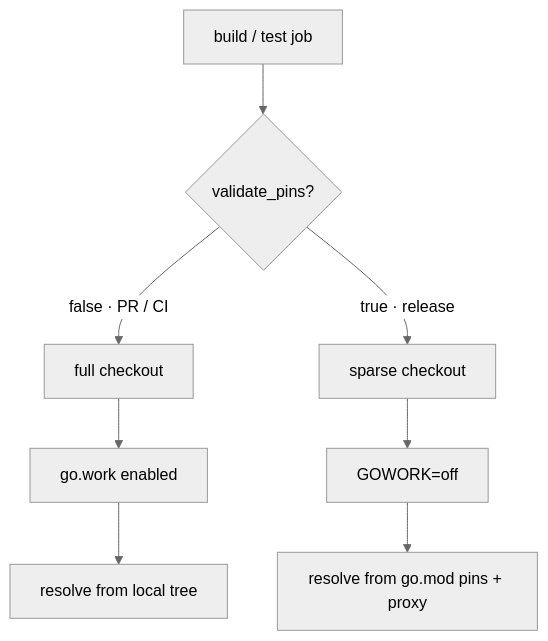
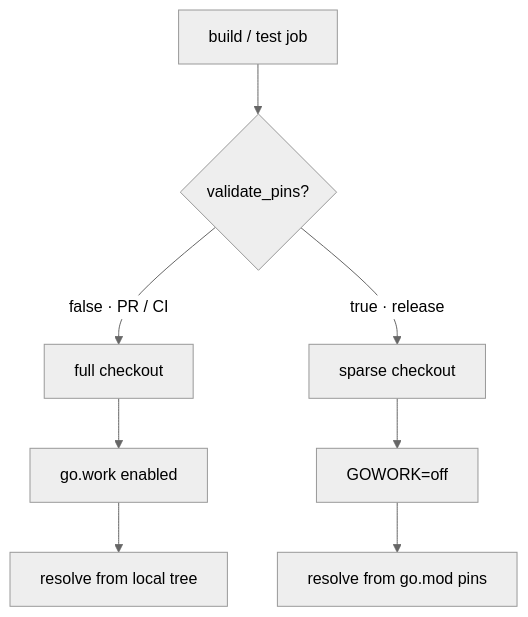
One commit to matthiasbruns/open-component-model changed the first of 2 diagrams in docs/adr/0025_bindings_ci_and_release_strategy.md. Above: the diagram before and after it, drawn with Mermaid (neutral theme). The commit also changed other lines of this file and 1 other file, not shown here.

````diff
--- a/docs/adr/0025_bindings_ci_and_release_strategy.md
+++ b/docs/adr/0025_bindings_ci_and_release_strategy.md
@@ -99,10 +110,10 @@
 ```mermaid
 flowchart TD
     A[build / test job] --> B{validate_pins?}
     B -- "false · PR / CI" --> C[full checkout]
     C --> D[go.work enabled]
     D --> E[resolve from local tree]
     B -- "true · release" --> F[sparse checkout]
     F --> G[GOWORK=off]
-    G --> H["resolve from go.mod pins + proxy"]
+    G --> H["resolve from go.mod pins"]
 ```
````
